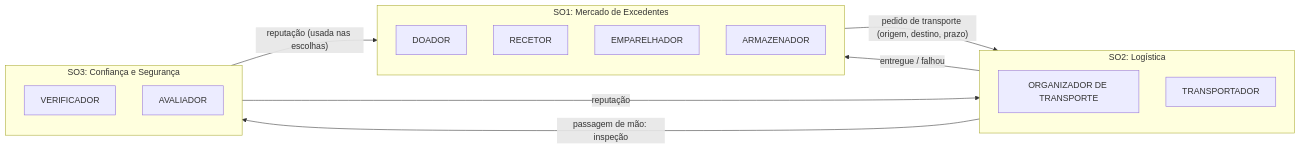
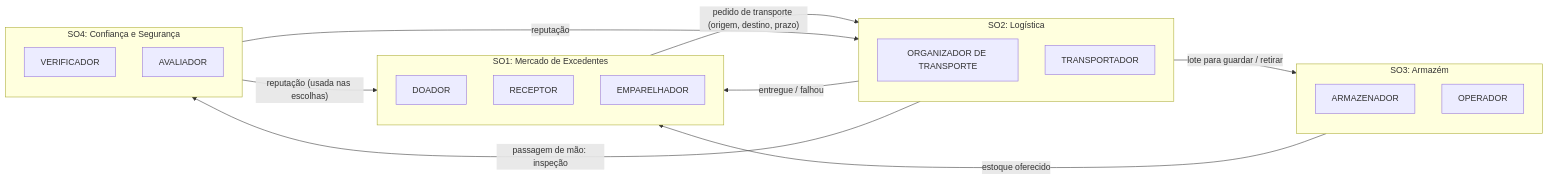
Before and after one commit to VituVVL/food-rescue: the first of 4 diagrams in docs/02-analise-gaia.md, drawn with Mermaid. The commit also changed other lines of this file and 4 other files, not shown here.

First line of the commit message:
Atualiza docs e guia v1 para o modelo do armazém único

````diff
--- a/docs/02-analise-gaia.md
+++ b/docs/02-analise-gaia.md
@@ -37,22 +45,27 @@
 ```mermaid
 flowchart LR
     subgraph SO1["SO1: Mercado de Excedentes"]
         DOADOR
-        RECETOR
+        RECEPTOR
         EMPARELHADOR
-        ARMAZENADOR
     end
     subgraph SO2["SO2: Logística"]
         ORGANIZADOR_TRANSPORTE["ORGANIZADOR DE TRANSPORTE"]
         TRANSPORTADOR
     end
-    subgraph SO3["SO3: Confiança e Segurança"]
+    subgraph SO3["SO3: Armazém"]
+        ARMAZENADOR
+        OPERADOR
+    end
+    subgraph SO4["SO4: Confiança e Segurança"]
         VERIFICADOR
         AVALIADOR
     end
     SO1 -- "pedido de transporte (origem, destino, prazo)" --> SO2
     SO2 -- "entregue / falhou" --> SO1
-    SO2 -- "passagem de mão: inspeção" --> SO3
-    SO3 -- "reputação (usada nas escolhas)" --> SO1
-    SO3 -- "reputação" --> SO2
+    SO2 -- "lote para guardar / retirar" --> SO3
+    SO3 -- "estoque oferecido" --> SO1
+    SO2 -- "passagem de mão: inspeção" --> SO4
+    SO4 -- "reputação (usada nas escolhas)" --> SO1
+    SO4 -- "reputação" --> SO2
 ```
````
